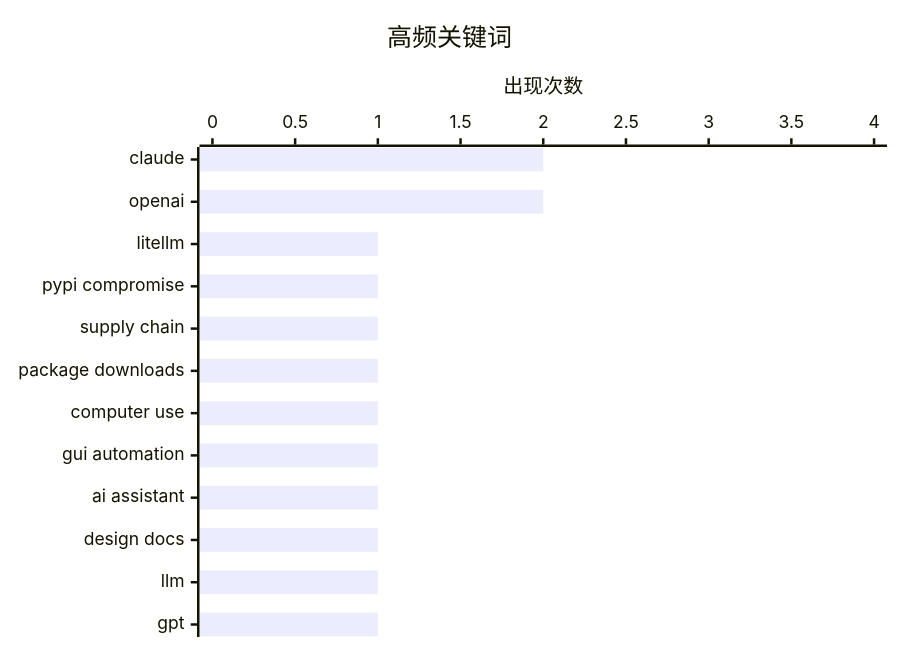
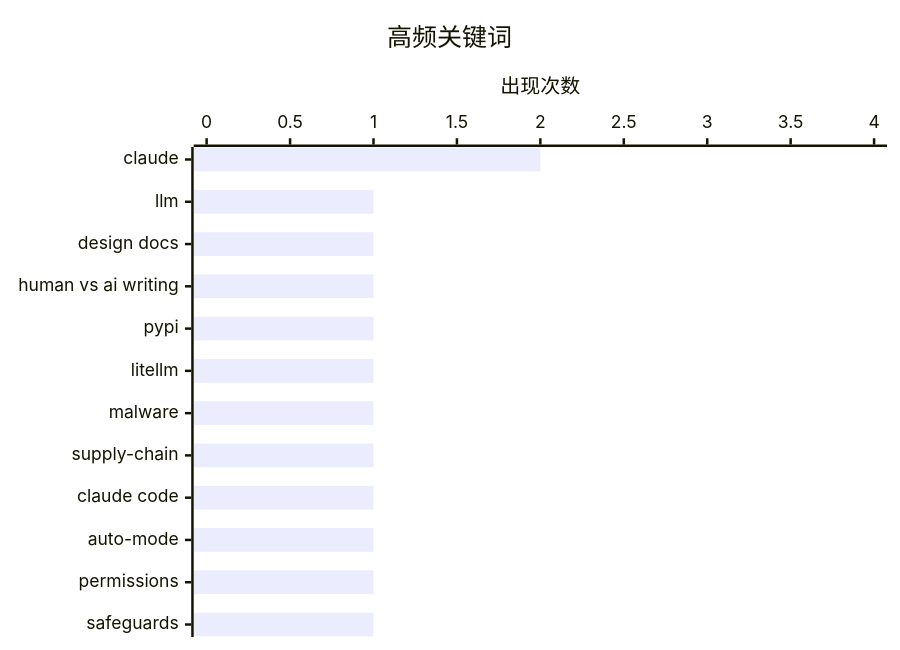
Before and after one commit to originem0/SZBlog: the second of 2 diagrams in content/ai-daily/2026-03-26.md, drawn with Mermaid. The commit also changed other lines of this file, not shown here.

````diff
--- a/content/ai-daily/2026-03-26.md
+++ b/content/ai-daily/2026-03-26.md
@@ -68,7 +72,7 @@
 ```mermaid
 xychart-beta horizontal
     title "高频关键词"
-    x-axis ["claude", "openai", "litellm", "pypi compromise", "supply chain", "package downloads", "computer use", "gui automation", "ai assistant", "design docs", "llm", "gpt"]
+    x-axis ["claude", "llm", "design docs", "human vs ai writing", "pypi", "litellm", "malware", "supply-chain", "claude code", "auto-mode", "permissions", "safeguards"]
     y-axis "出现次数" 0 --> 4
-    bar [2, 2, 1, 1, 1, 1, 1, 1, 1, 1, 1, 1]
+    bar [2, 1, 1, 1, 1, 1, 1, 1, 1, 1, 1, 1]
 ```
````
